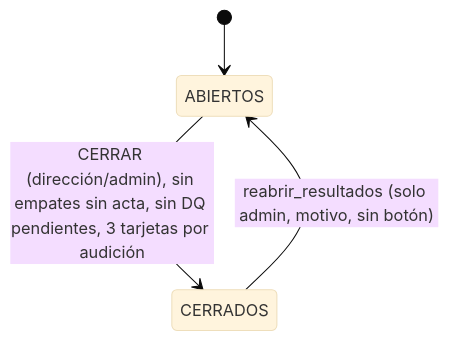
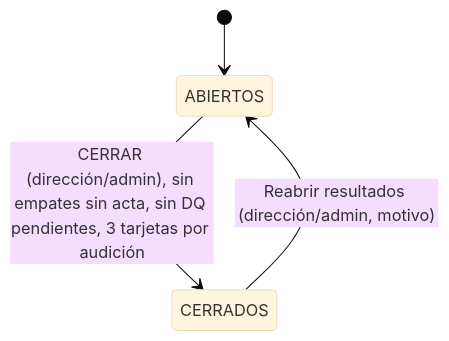
One commit to elbunkerarte/elbunkerarte.github.io changed the tenth of 10 diagrams in docs/FLUJO_ESTADOS.md. Above: the diagram before and after it, drawn with Mermaid (base theme). The commit also changed other lines of this file and 12 other files, not shown here.

````diff
--- a/docs/FLUJO_ESTADOS.md
+++ b/docs/FLUJO_ESTADOS.md
@@ -338,6 +353,6 @@
 ```mermaid
 stateDiagram-v2
     [*] --> ABIERTOS
     ABIERTOS --> CERRADOS: CERRAR (dirección/admin), sin empates sin acta, sin DQ pendientes, 3 tarjetas por audición
-    CERRADOS --> ABIERTOS: reabrir_resultados (solo admin, motivo, sin botón)
+    CERRADOS --> ABIERTOS: Reabrir resultados (dirección/admin, motivo)
 ```
````
